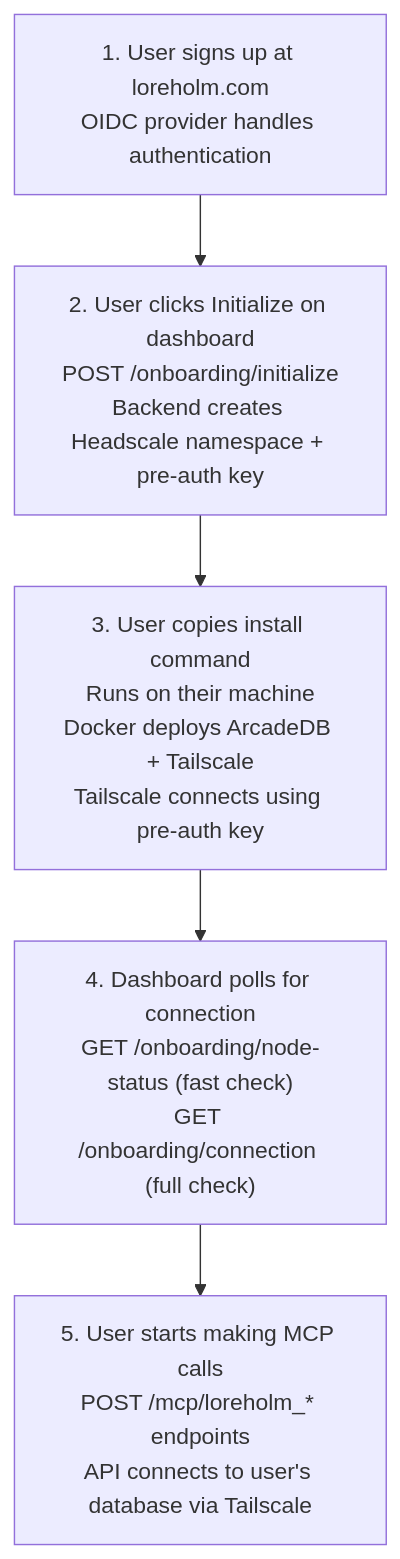
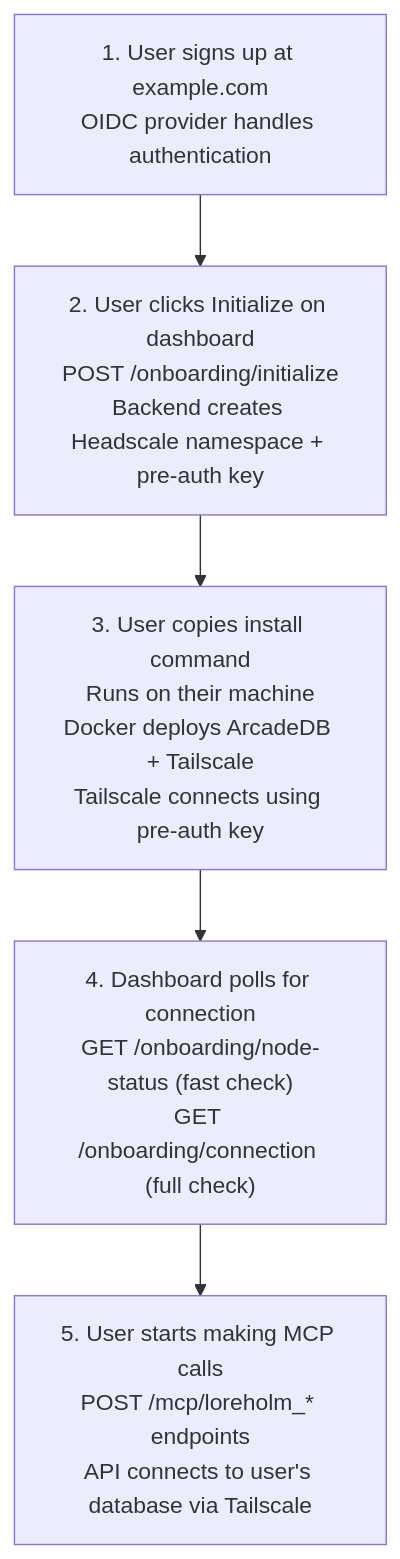
Before and after one commit to Loreholm/Loreholm: the diagram in docs/10_OnboardingAPI.md, drawn with Mermaid. The commit also changed other lines of this file and 10 other files, not shown here.

````diff
--- a/docs/10_OnboardingAPI.md
+++ b/docs/10_OnboardingAPI.md
@@ -139,9 +139,9 @@
 ```mermaid
 flowchart TD
-    A["1. User signs up at loreholm.com<br/>OIDC provider handles authentication"]
+    A["1. User signs up at example.com<br/>OIDC provider handles authentication"]
     B["2. User clicks Initialize on dashboard<br/>POST /onboarding/initialize<br/>Backend creates Headscale namespace + pre-auth key"]
     C["3. User copies install command<br/>Runs on their machine<br/>Docker deploys ArcadeDB + Tailscale<br/>Tailscale connects using pre-auth key"]
     D["4. Dashboard polls for connection<br/>GET /onboarding/node-status (fast check)<br/>GET /onboarding/connection (full check)"]
     E["5. User starts making MCP calls<br/>POST /mcp/loreholm_* endpoints<br/>API connects to user's database via Tailscale"]
     A --> B --> C --> D --> E
 ```
````
